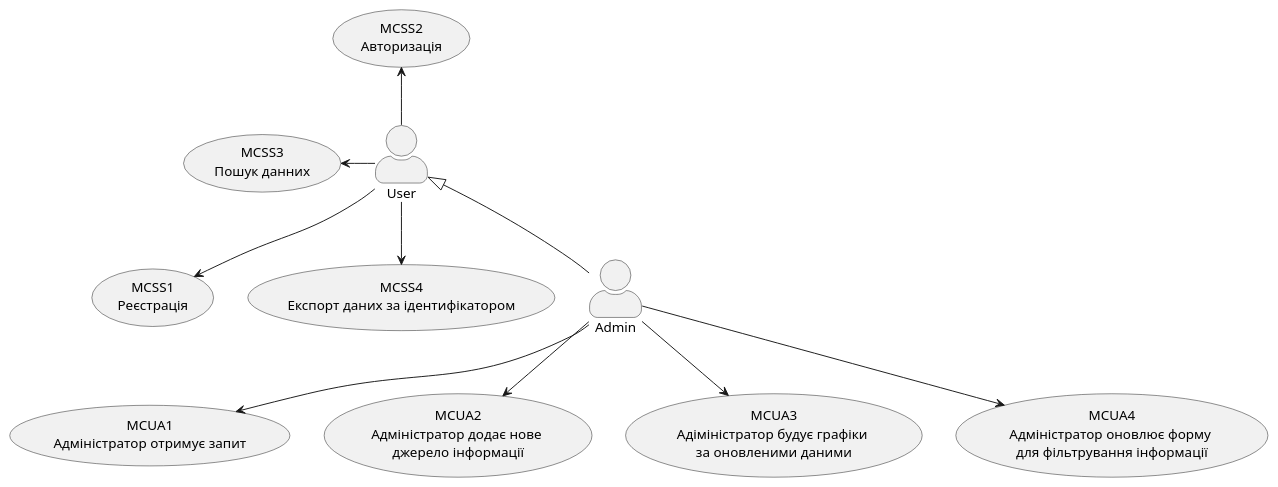
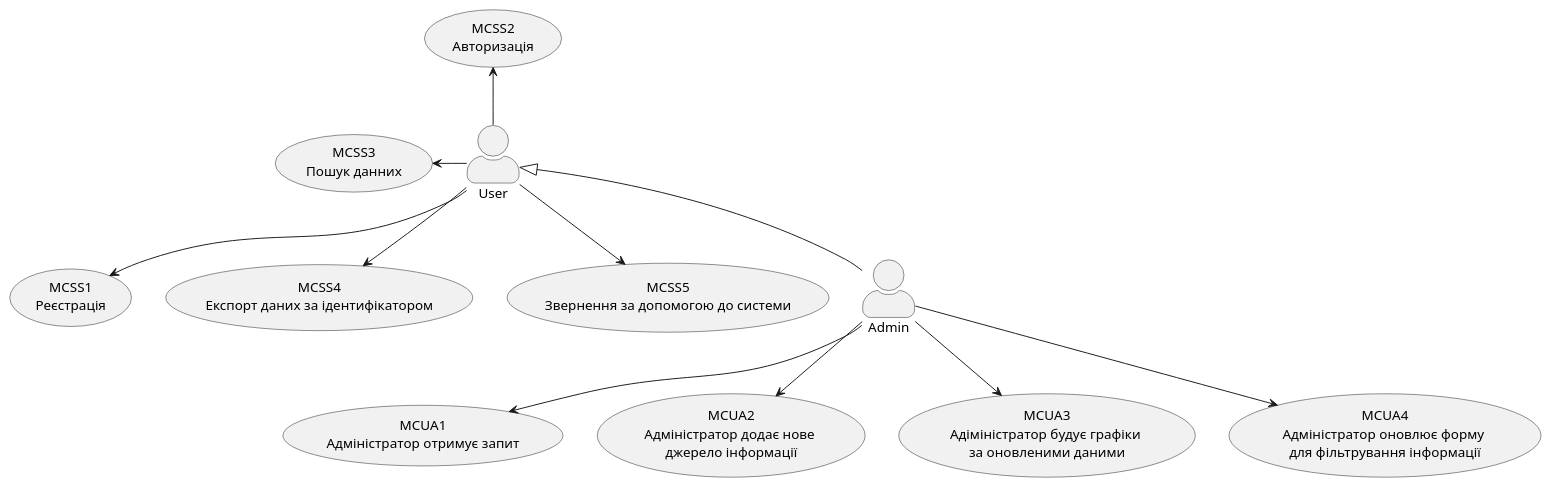
The first of 10 diagrams in docs/use cases/README.md (ukioxz/media-content-analyzing-system), drawn with PlantUML before and after one commit. The commit also changed other lines of this file and 1 other file, not shown here.

```diff
--- a/docs/use cases/README.md
+++ b/docs/use cases/README.md
@@ -3,45 +3,48 @@
 @startuml
 
 skinparam actorStyle awesome
 
 'User
 
 (MCSS1\nРеєстрація) as (MCSS1)
 
-
 (MCSS2\nАвторизація) as (MCSS2)
 
 (MCSS3\nПошук данних) as (MCSS3)
 
 (MCSS4\nЕкспорт даних за ідентифікатором) as (MCSS4)
+
+(MCSS5\nЗвернення за допомогою до системи) as (MCSS5)
 
 
 User --> (MCSS1)
 
 User -up-> (MCSS2)
 
 User -left-> (MCSS3)
 
 User --> (MCSS4)
+
+User --> (MCSS5)
 
 Admin -up-|> User
 
 Admin --> (MCUA1)
 
 Admin --> (MCAS1)
 
 Admin --> (MCAS2)
 
 Admin --> (MCAS3)
 
 'Admin
 
 (MCUA1\nАдміністратор отримує запит) as (MCUA1)
 
 (MCUA2\nАдміністратор додає нове \nджерело інформації) as (MCAS1)
 
 (MCUA3\nАдіміністратор будує графіки \nза оновленими даними) as (MCAS2)
 
 (MCUA4\nАдміністратор оновлює форму \nдля фільтрування інформації)  as (MCAS3)
 
 @enduml
```
